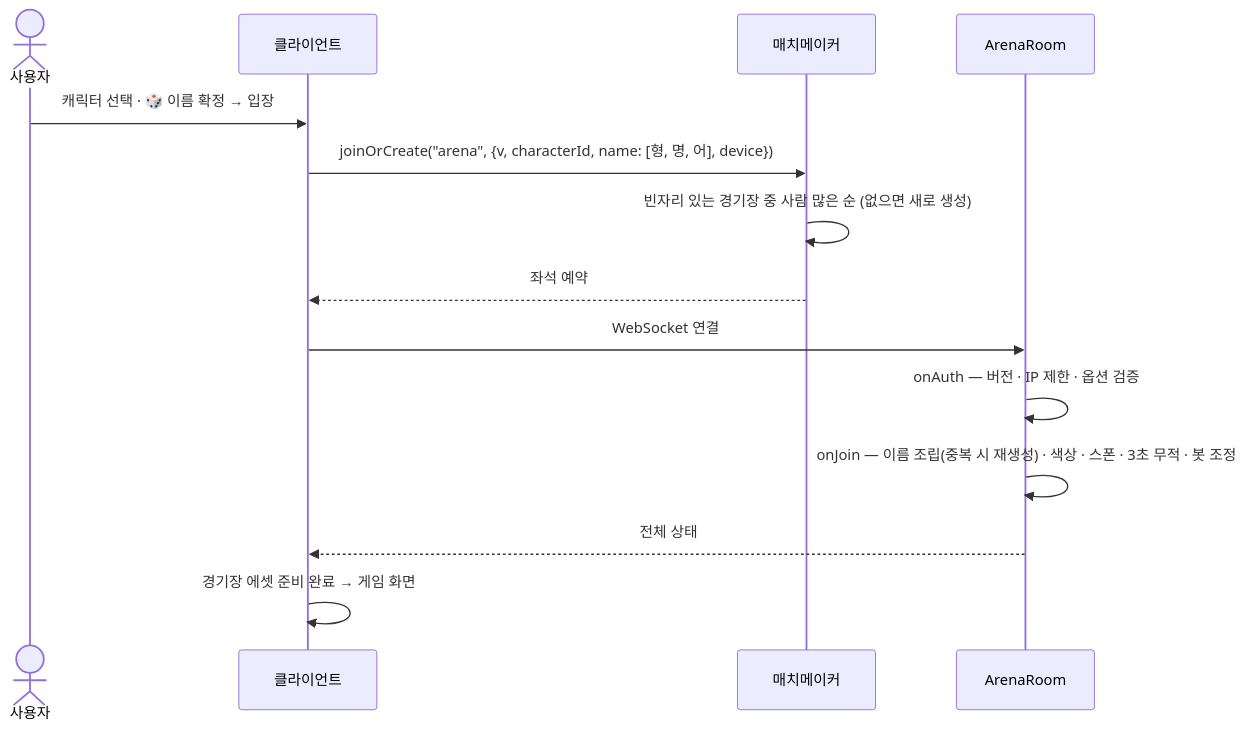
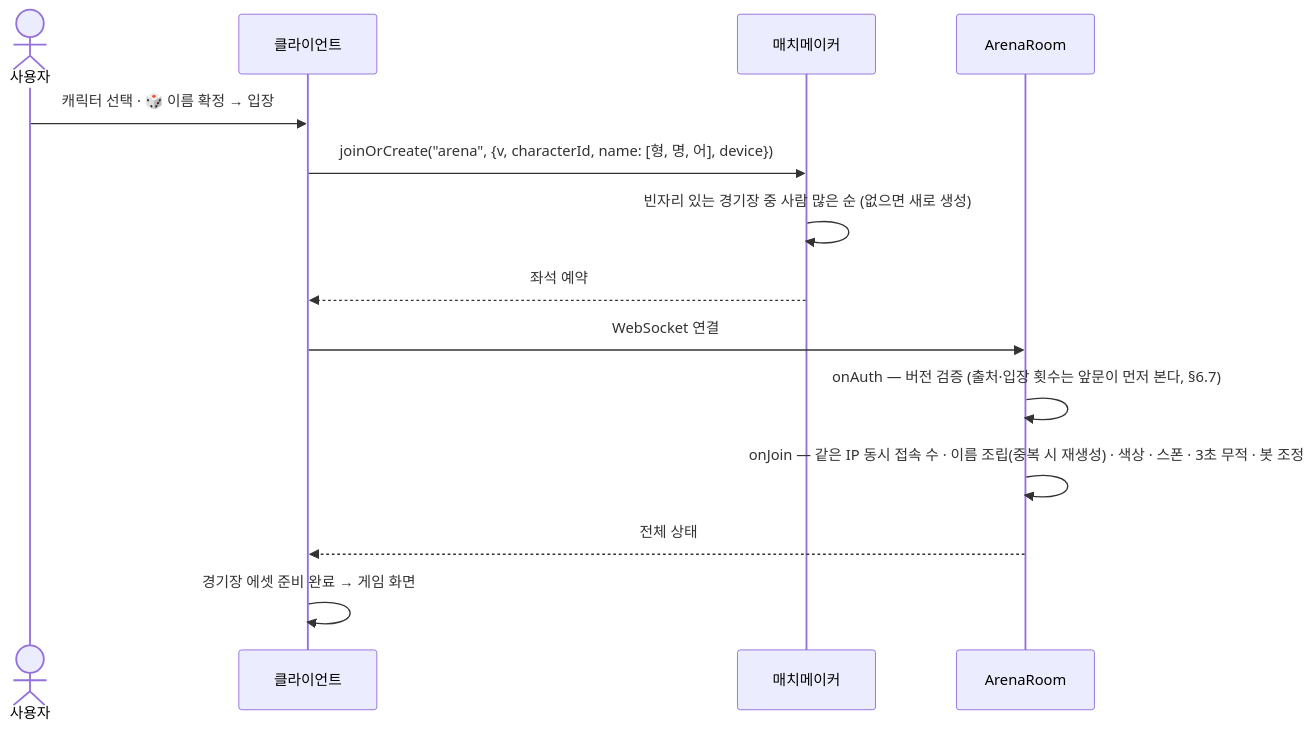
One commit to eoqna/rct-fight-club changed the third of 8 diagrams in docs/design.md. Above: the diagram before and after it, drawn with Mermaid. The commit also changed other lines of this file and 24 other files, not shown here.

````diff
--- a/docs/design.md
+++ b/docs/design.md
@@ -376,16 +376,16 @@
 ```mermaid
 sequenceDiagram
   actor U as 사용자
   participant C as 클라이언트
   participant M as 매치메이커
   participant R as ArenaRoom
   U->>C: 캐릭터 선택 · 🎲 이름 확정 → 입장
   C->>M: joinOrCreate("arena", {v, characterId, name: [형, 명, 어], device})
   M->>M: 빈자리 있는 경기장 중 사람 많은 순 (없으면 새로 생성)
   M-->>C: 좌석 예약
   C->>R: WebSocket 연결
-  R->>R: onAuth — 버전 · IP 제한 · 옵션 검증
-  R->>R: onJoin — 이름 조립(중복 시 재생성) · 색상 · 스폰 · 3초 무적 · 봇 조정
+  R->>R: onAuth — 버전 검증 (출처·입장 횟수는 앞문이 먼저 본다, §6.7)
+  R->>R: onJoin — 같은 IP 동시 접속 수 · 이름 조립(중복 시 재생성) · 색상 · 스폰 · 3초 무적 · 봇 조정
   R-->>C: 전체 상태
   C->>C: 경기장 에셋 준비 완료 → 게임 화면
 ```
````
